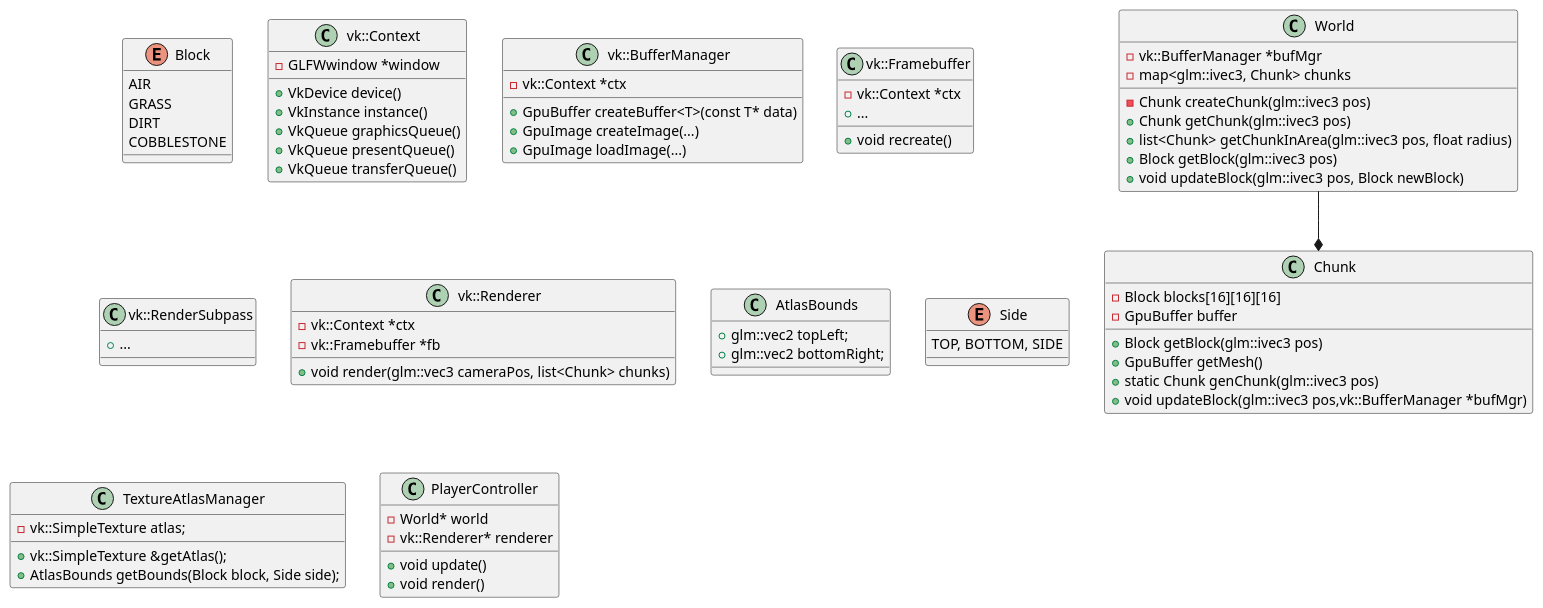
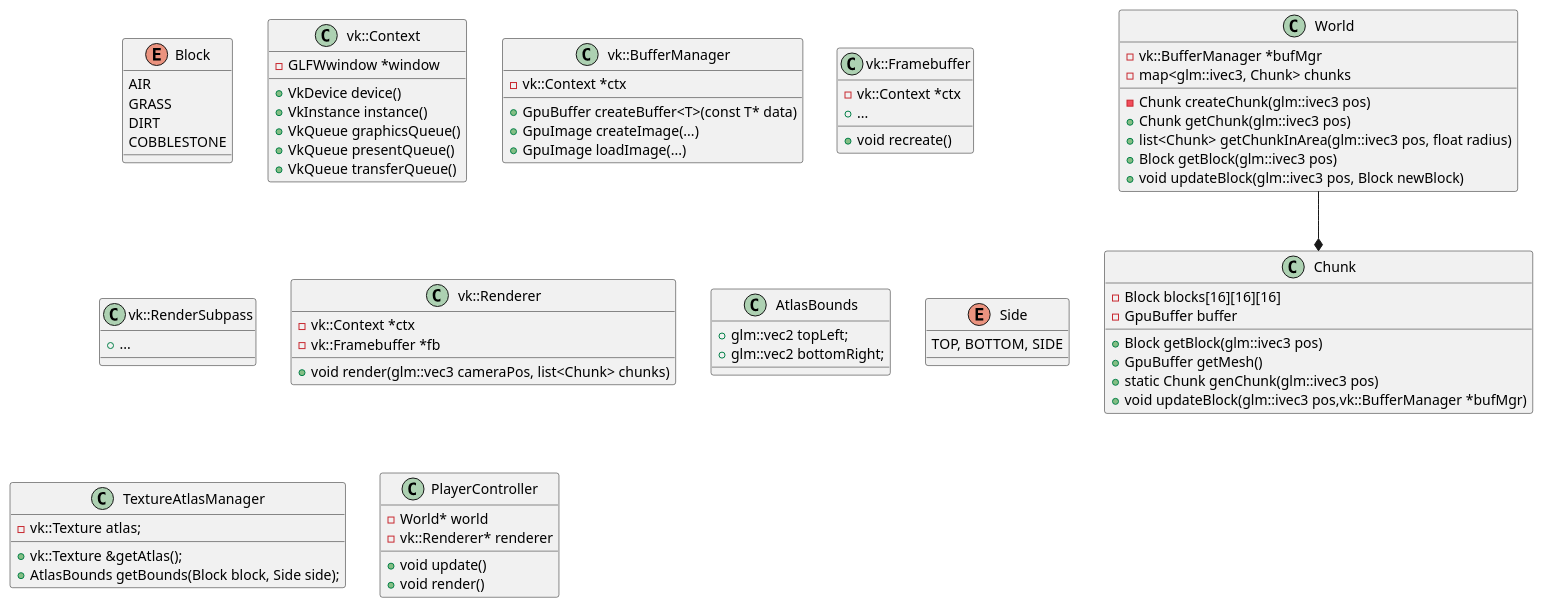
One commit to Tazdevil971/UnnamedMinecraftClone changed the diagram in docs/requirements.md. Above: the diagram before and after it, drawn with PlantUML. The commit also changed 12 other files, not shown here.

Commit message:
Renamed SimpleTexture and SimpleImage

```diff
--- a/docs/requirements.md
+++ b/docs/requirements.md
@@ -69,8 +69,8 @@
   }
 
   class TextureAtlasManager {
-    - vk::SimpleTexture atlas;
-    + vk::SimpleTexture &getAtlas();
+    - vk::Texture atlas;
+    + vk::Texture &getAtlas();
     + AtlasBounds getBounds(Block block, Side side);
   }
 
```
